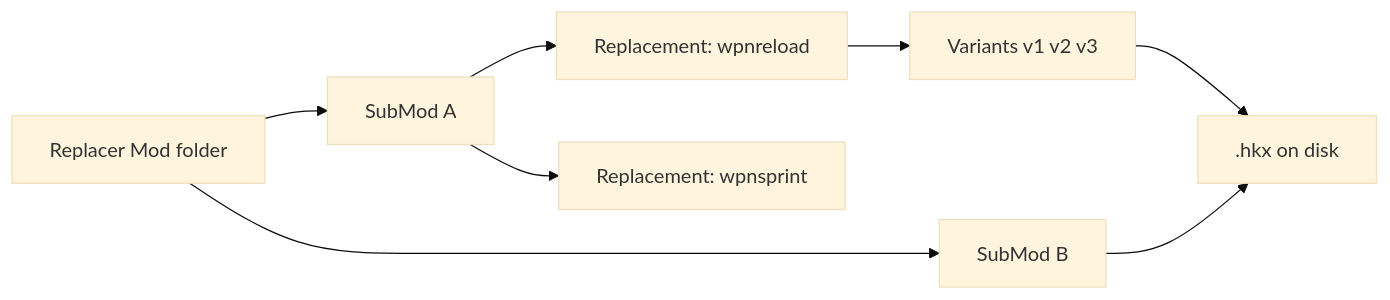
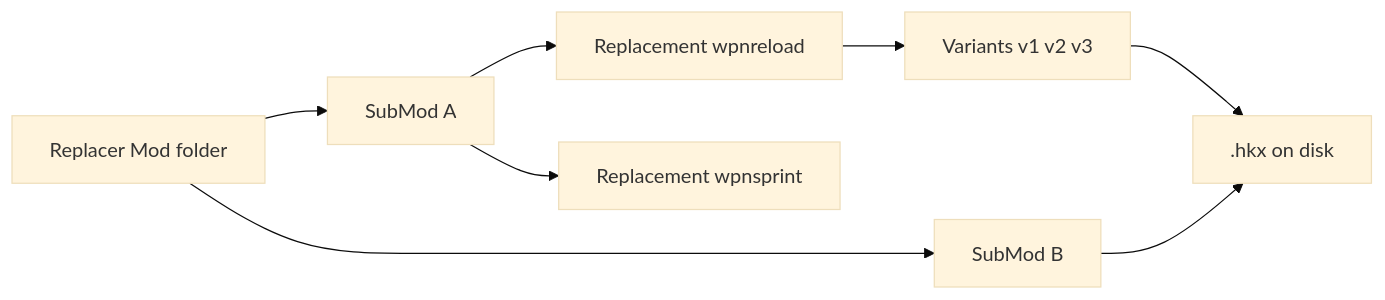
One commit to DCCStudios/F4-OpenAnimationReplacer changed the second of 6 diagrams in README.md. Above: the diagram before and after it, drawn with Mermaid (base theme). The commit also changed other lines of this file, not shown here.

Commit message:
Fix Mermaid diagram syntax for GitHub rendering

````diff
--- a/README.md
+++ b/README.md
@@ -75,18 +75,18 @@
 ```mermaid
 flowchart LR
     RM[Replacer Mod folder]
     SM1[SubMod A]
     SM2[SubMod B]
-    RA1[Replacement: wpnreload]
-    RA2[Replacement: wpnsprint]
+    RA1[Replacement wpnreload]
+    RA2[Replacement wpnsprint]
     V1[Variants v1 v2 v3]
     HKX[.hkx on disk]
 
     RM --> SM1
     RM --> SM2
     SM1 --> RA1
     SM1 --> RA2
     RA1 --> V1
     V1 --> HKX
     SM2 --> HKX
 ```
````
